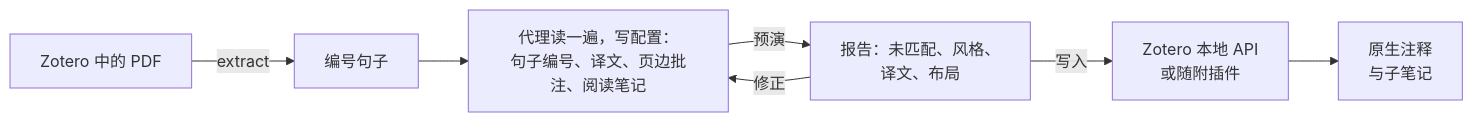
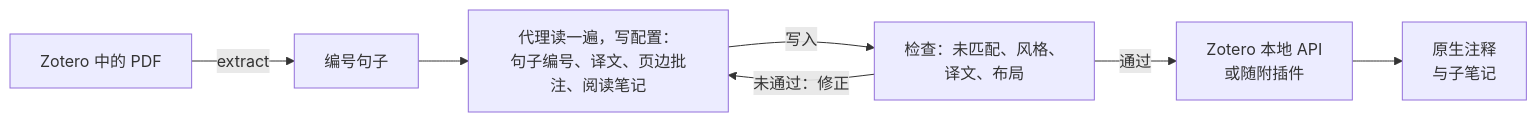
Before and after one commit to weilr/zotero-scholium: the diagram in README.zh-CN.md, drawn with Mermaid. The commit also changed other lines of this file and 3 other files, not shown here.

First line of the commit message:
docs: the README's annotation flow without a separate dry run

````diff
--- a/README.zh-CN.md
+++ b/README.zh-CN.md
@@ -154,9 +154,9 @@
 ```mermaid
 flowchart LR
     A["Zotero 中的 PDF"] -->|extract| B["编号句子"]
     B --> C["代理读一遍，写配置：<br/>句子编号、译文、页边批注、阅读笔记"]
-    C -->|预演| D["报告：未匹配、风格、<br/>译文、布局"]
-    D -->|修正| C
-    D -->|写入| E["Zotero 本地 API<br/>或随附插件"]
+    C -->|写入| D["检查：未匹配、风格、<br/>译文、布局"]
+    D -->|未通过：修正| C
+    D -->|通过| E["Zotero 本地 API<br/>或随附插件"]
     E --> F["原生注释<br/>与子笔记"]
 ```
````
